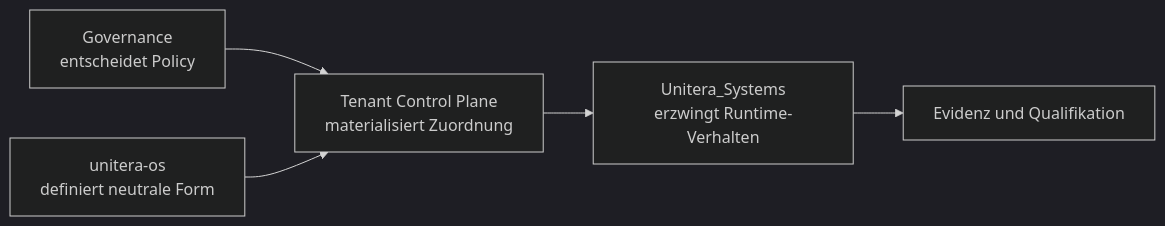
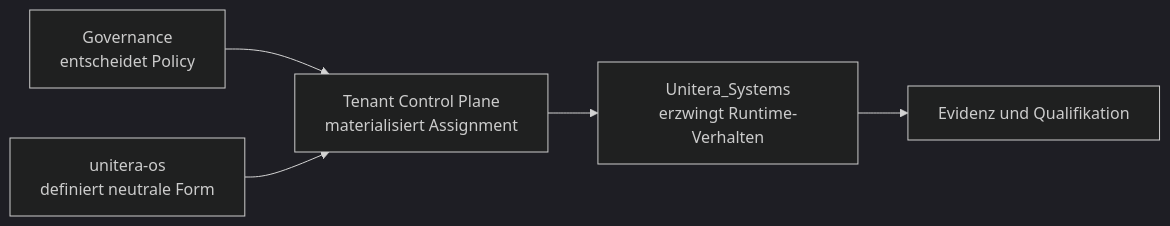
One commit to baum777/unitera_public_docs changed the second of 2 diagrams in docs/de/architecture/repository-topology.md. Above: the diagram before and after it, drawn with Mermaid (dark theme). The commit also changed other lines of this file, not shown here.

````diff
--- a/docs/de/architecture/repository-topology.md
+++ b/docs/de/architecture/repository-topology.md
@@ -48,7 +53,7 @@
 ```mermaid
 flowchart LR
-    G[Governance<br/>entscheidet Policy] --> T[Tenant Control Plane<br/>materialisiert Zuordnung]
+    G[Governance<br/>entscheidet Policy] --> T[Tenant Control Plane<br/>materialisiert Assignment]
     O[unitera-os<br/>definiert neutrale Form] --> T
     T --> S[Unitera_Systems<br/>erzwingt Runtime-Verhalten]
     S --> E[Evidenz und Qualifikation]
 ```
````
